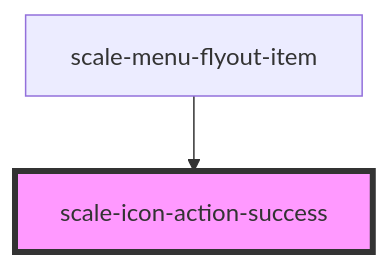
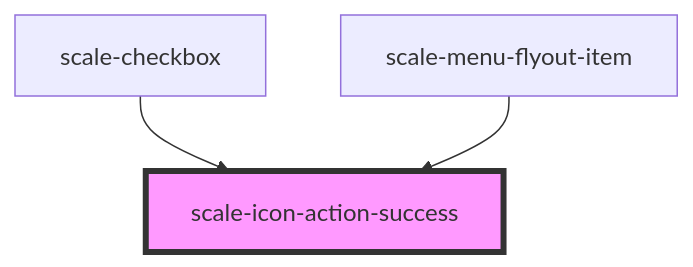
Before and after one commit to gaurishkamat/scale: the diagram in packages/components/src/components/icons/action-success/readme.md, drawn with Mermaid. The commit also changed other lines of this file and 15 other files, not shown here.

Commit message:
refactor(checkbox): update icon handling

````diff
--- a/packages/components/src/components/icons/action-success/readme.md
+++ b/packages/components/src/components/icons/action-success/readme.md
@@ -26,5 +27,6 @@
 ```mermaid
 graph TD;
+  scale-checkbox --> scale-icon-action-success
   scale-menu-flyout-item --> scale-icon-action-success
   style scale-icon-action-success fill:#f9f,stroke:#333,stroke-width:4px
 ```
````
